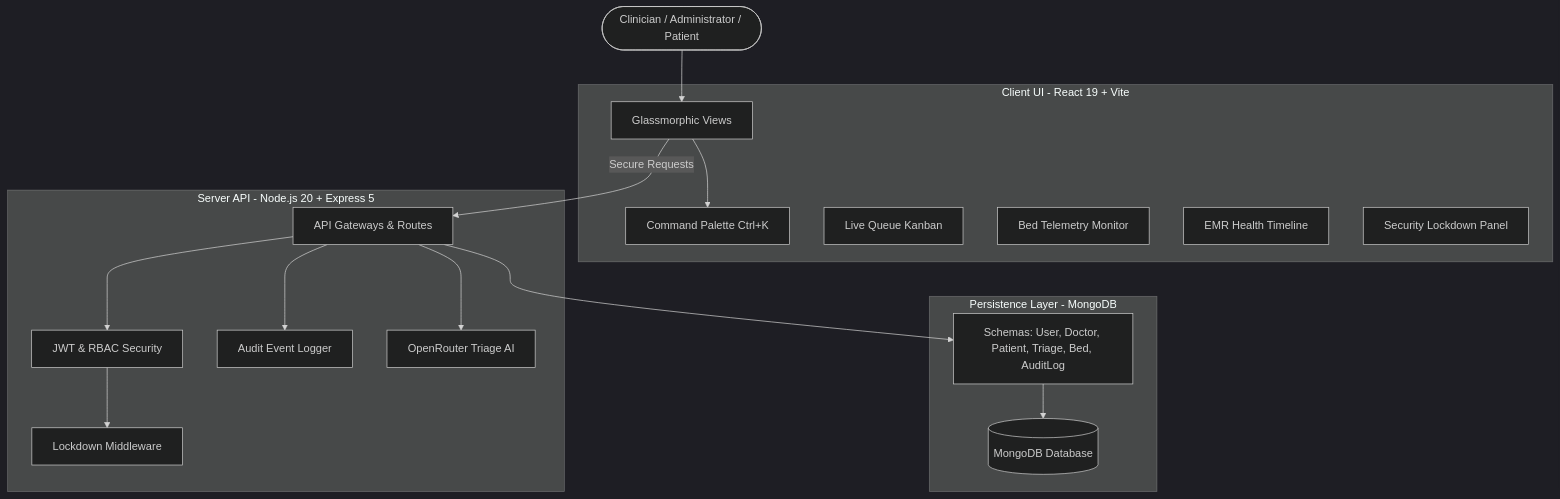
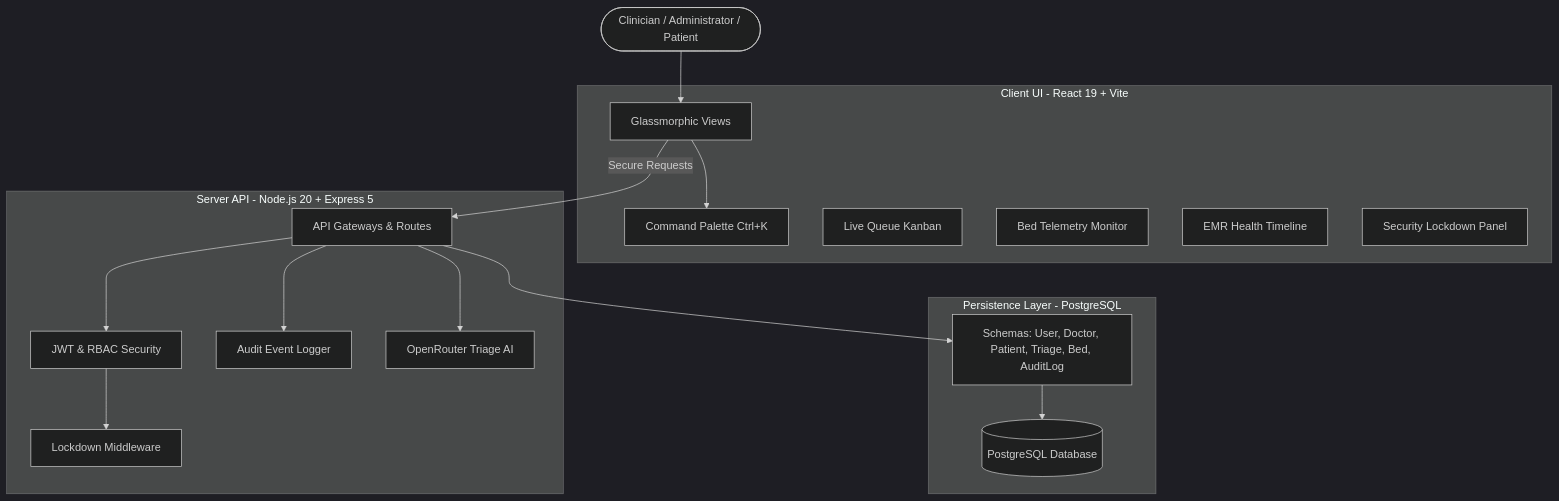
Before and after one commit to ksingla1885/OrvantaHealth: the diagram in README.md, drawn with Mermaid (dark theme). The commit also changed other lines of this file and 98 other files, not shown here.

````diff
--- a/README.md
+++ b/README.md
@@ -18,41 +18,41 @@
 ```mermaid
 graph TD
     %% Define Nodes with elegant labels
     User([Clinician / Administrator / Patient])
     
     subgraph Frontend [Client UI - React 19 + Vite]
         UI[Glassmorphic Views]
         Palette[Command Palette Ctrl+K]
         Kanban[Live Queue Kanban]
         Telemetry[Bed Telemetry Monitor]
         Timeline[EMR Health Timeline]
         Security[Security Lockdown Panel]
     end
 
     subgraph Backend [Server API - Node.js 20 + Express 5]
         API[API Gateways & Routes]
         Auth[JWT & RBAC Security]
         Lockdown[Lockdown Middleware]
         Auditor[Audit Event Logger]
         TriageAI[OpenRouter Triage AI]
     end
 
-    subgraph Database [Persistence Layer - MongoDB]
-        DB[(MongoDB Database)]
+    subgraph Database [Persistence Layer - PostgreSQL]
+        DB[(PostgreSQL Database)]
         Models[Schemas: User, Doctor, Patient, Triage, Bed, AuditLog]
     end
 
     %% Connections
     User --> UI
     UI --> Palette
     
     UI --> |"Secure Requests"| API
     API --> Auth
     Auth --> Lockdown
     
     API --> TriageAI
     API --> Auditor
     
     API --> Models
     Models --> DB
 ```
````
